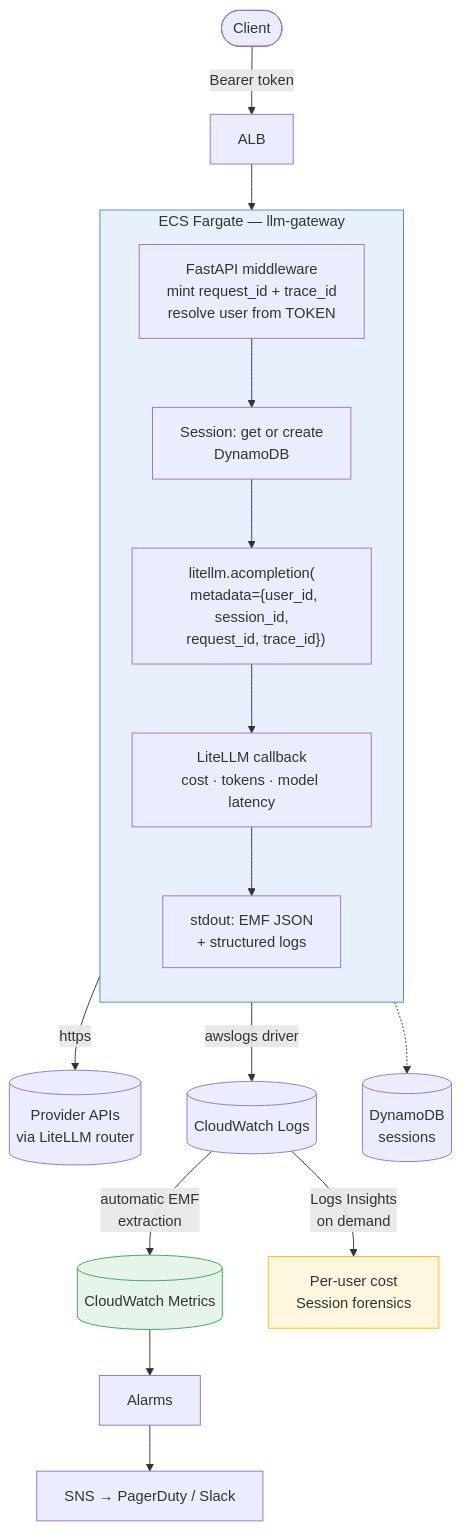
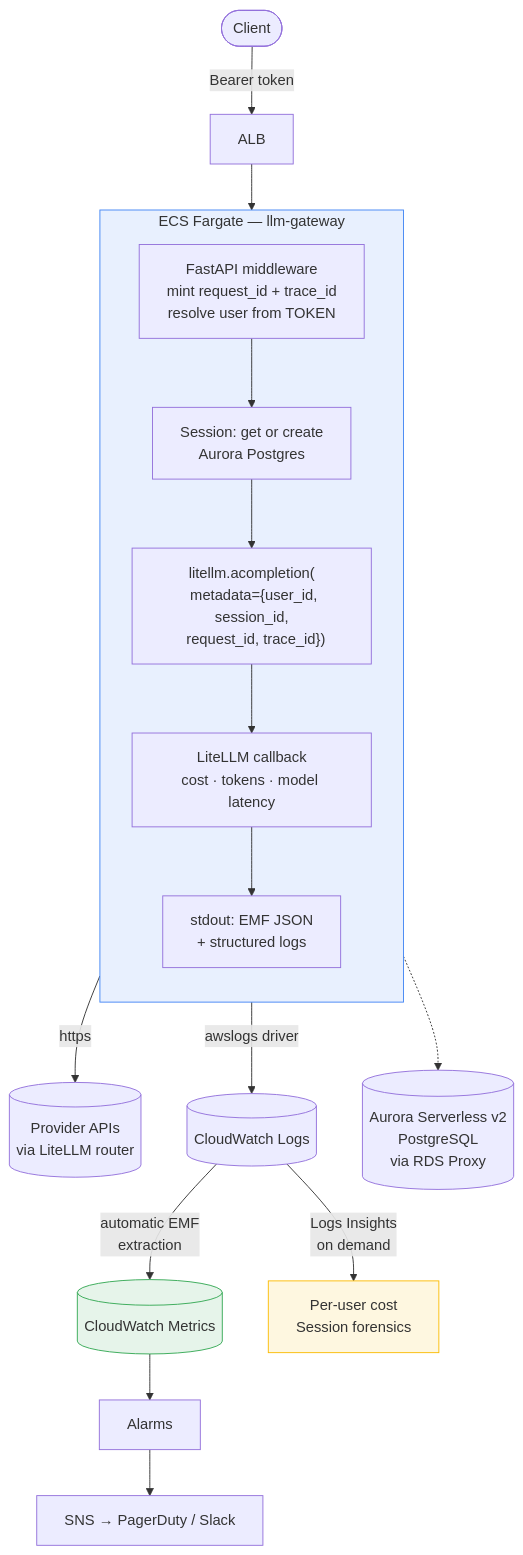
One commit to fibaneza/public-tmp changed the first of 6 diagrams in observability/LLM_Observability_AWS.adoc. Above: the diagram before and after it, drawn with Mermaid. The commit also changed other lines of this file and 7 other files, not shown here.

Commit message:
refactor: migrate session storage from DynamoDB to PostgreSQL with IAM-authenticated RDS Proxy connection pooling

```diff
--- a/observability/LLM_Observability_AWS.adoc
+++ b/observability/LLM_Observability_AWS.adoc
@@ -50,28 +50,28 @@
 [mermaid]
 ....
 flowchart TB
     U([Client]) -->|"Bearer token"| ALB[ALB]
 
     subgraph ECS["ECS Fargate — llm-gateway"]
         direction TB
         MW["FastAPI middleware<br/>mint request_id + trace_id<br/>resolve user from TOKEN"]
-        MW --> SES["Session: get or create<br/>DynamoDB"]
+        MW --> SES["Session: get or create<br/>Aurora Postgres"]
         SES --> CALL["litellm.acompletion(<br/>  metadata={user_id, session_id,<br/>  request_id, trace_id})"]
         CALL --> CB["LiteLLM callback<br/>cost · tokens · model latency"]
         CB --> EMF["stdout: EMF JSON<br/>+ structured logs"]
     end
 
     ALB --> MW
     CALL -->|https| PROV[(Provider APIs<br/>via LiteLLM router)]
 
     EMF -->|awslogs driver| CWL[(CloudWatch Logs)]
     CWL -->|"automatic EMF<br/>extraction"| CWM[(CloudWatch Metrics)]
     CWL -->|"Logs Insights<br/>on demand"| Q["Per-user cost<br/>Session forensics"]
     CWM --> AL[Alarms] --> SNS[SNS → PagerDuty / Slack]
 
-    SES -.-> DDB[(DynamoDB<br/>sessions)]
+    SES -.-> PG[(Aurora Serverless v2<br/>PostgreSQL<br/>via RDS Proxy)]
 
     style ECS fill:#e8f0fe,stroke:#4285f4
     style CWM fill:#e6f4ea,stroke:#34a853
     style Q fill:#fef7e0,stroke:#fbbc04
 ....
```
